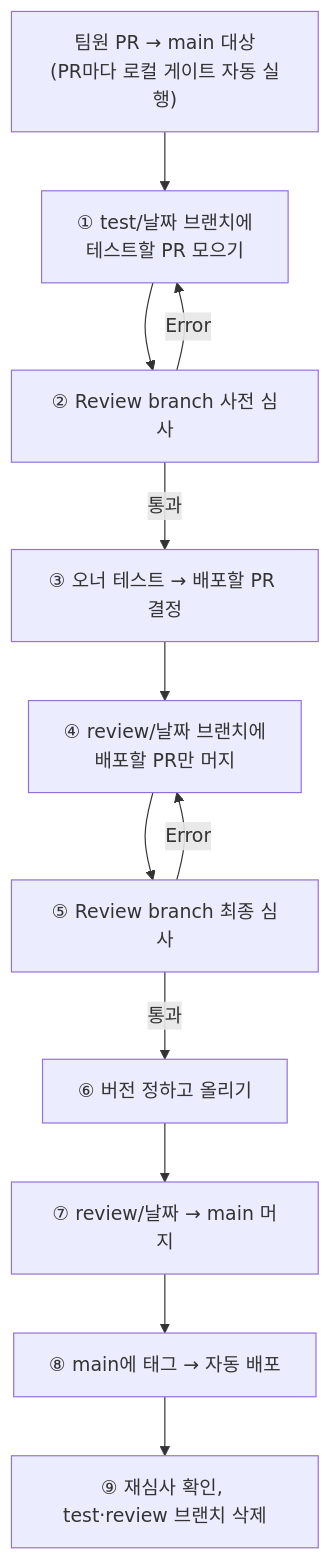
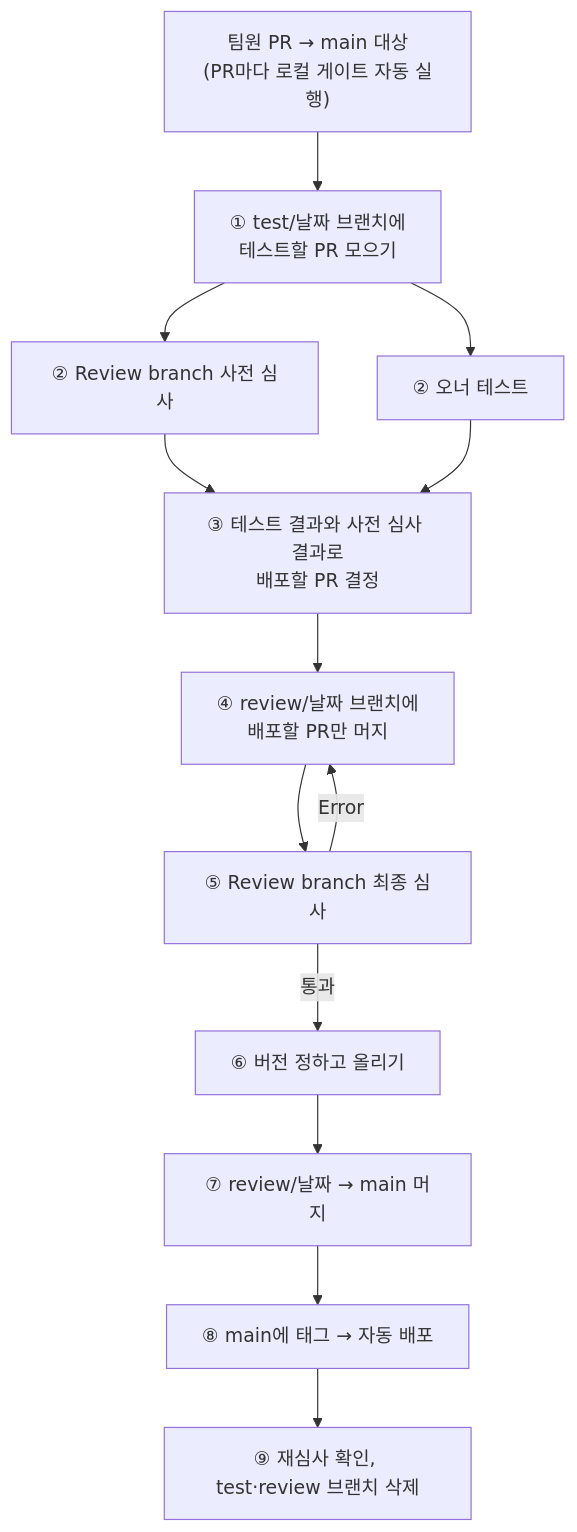
Before and after one commit to CMDSPACE-DEV/CMDS-Achmage: the first of 3 diagrams in docs/obsidian-community-review_user-kr.md, drawn with Mermaid. The commit also changed other lines of this file and 1 other file, not shown here.

````diff
--- a/docs/obsidian-community-review_user-kr.md
+++ b/docs/obsidian-community-review_user-kr.md
@@ -11,14 +11,15 @@
 ```mermaid
 flowchart TD
     A["팀원 PR → main 대상<br/>(PR마다 로컬 게이트 자동 실행)"] --> B["① test/날짜 브랜치에<br/>테스트할 PR 모으기"]
     B --> P["② Review branch 사전 심사"]
-    P -->|Error| B
-    P -->|통과| C["③ 오너 테스트 → 배포할 PR 결정"]
+    B --> T["② 오너 테스트"]
+    P --> C["③ 테스트 결과와 사전 심사 결과로<br/>배포할 PR 결정"]
+    T --> C
     C --> D["④ review/날짜 브랜치에<br/>배포할 PR만 머지"]
     D --> E["⑤ Review branch 최종 심사"]
     E -->|Error| D
     E -->|통과| F["⑥ 버전 정하고 올리기"]
     F --> G["⑦ review/날짜 → main 머지"]
     G --> H["⑧ main에 태그 → 자동 배포"]
     H --> I["⑨ 재심사 확인, test·review 브랜치 삭제"]
 ```
````
